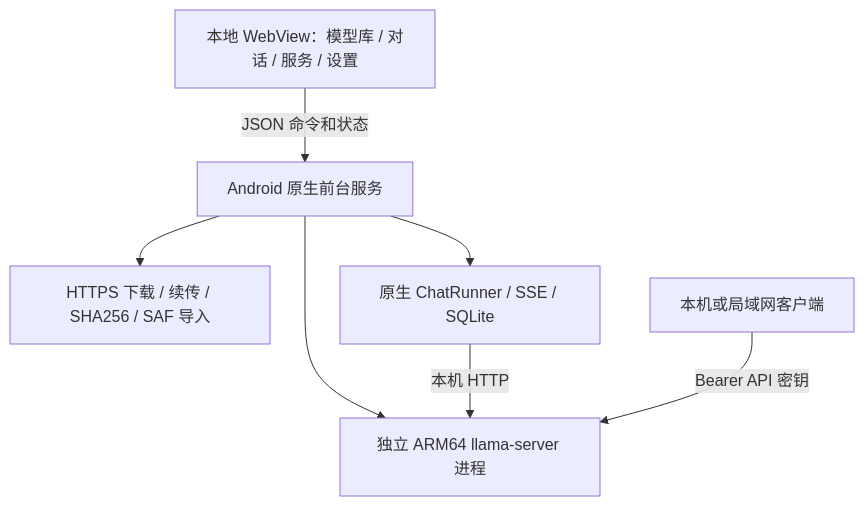
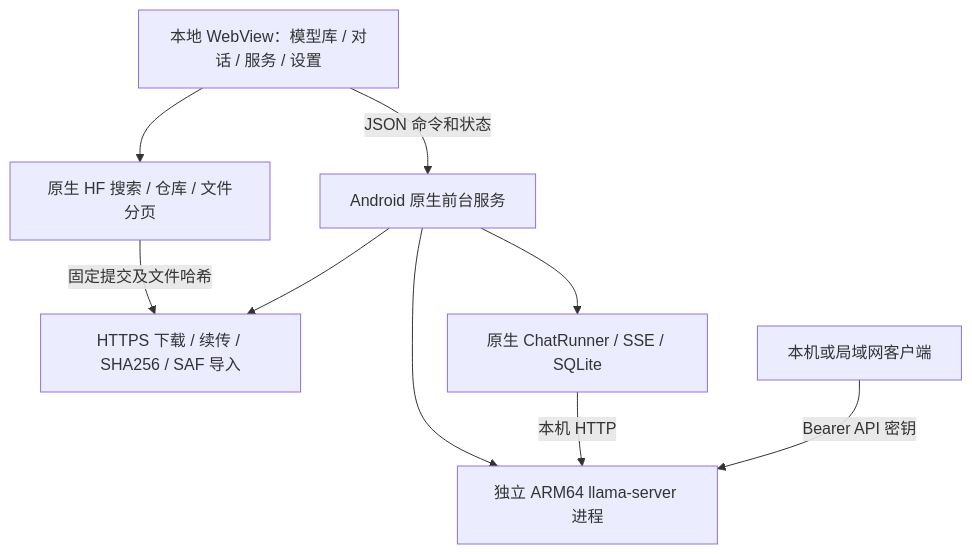
One commit to wikigsroom/LMA changed the diagram in README.md. Above: the diagram before and after it, drawn with Mermaid. The commit also changed other lines of this file and 87 other files, not shown here.

````diff
--- a/README.md
+++ b/README.md
@@ -33,9 +35,11 @@
 ```mermaid
 flowchart TD
   UI[本地 WebView：模型库 / 对话 / 服务 / 设置] -->|JSON 命令和状态| FGS[Android 原生前台服务]
+  UI --> HUB[原生 HF 搜索 / 仓库 / 文件分页]
+  HUB -->|固定提交及文件哈希| DL
   FGS --> DL[HTTPS 下载 / 续传 / SHA256 / SAF 导入]
   FGS --> ENGINE[独立 ARM64 llama-server 进程]
   FGS --> CHAT[原生 ChatRunner / SSE / SQLite]
   CHAT -->|本机 HTTP| ENGINE
   CLIENT[本机或局域网客户端] -->|Bearer API 密钥| ENGINE
 ```
````
